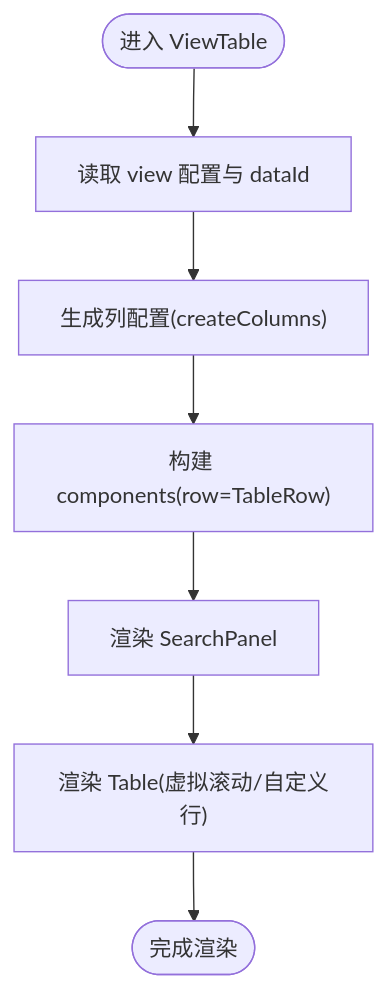
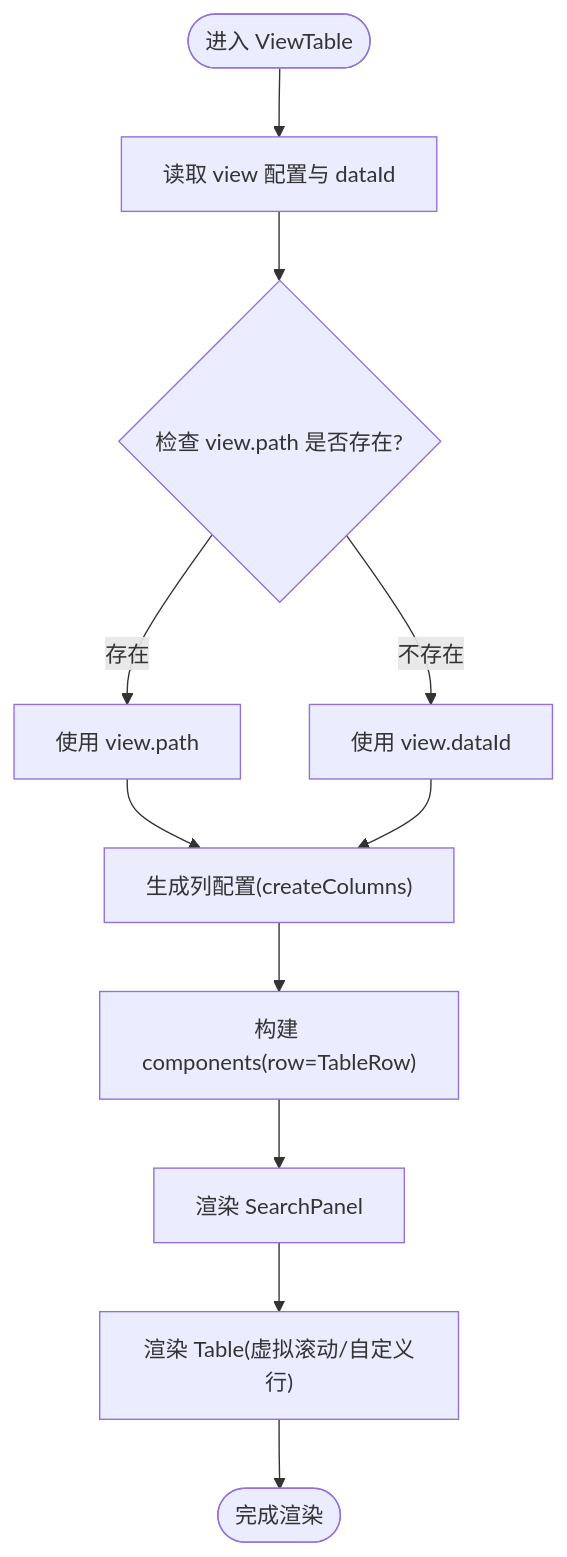
One commit to liqiongke/FrontArk changed the third of 8 diagrams in .qoder/repowiki/zh/content/组件库/数据组件/表格组件.md. Above: the diagram before and after it, drawn with Mermaid. The commit also changed other lines of this file and 6 other files, not shown here.

````diff
--- a/.qoder/repowiki/zh/content/组件库/数据组件/表格组件.md
+++ b/.qoder/repowiki/zh/content/组件库/数据组件/表格组件.md
@@ -124,9 +152,13 @@
 ```mermaid
 flowchart TD
 Start(["进入 ViewTable"]) --> ReadCfg["读取 view 配置与 dataId"]
-ReadCfg --> GenCols["生成列配置(createColumns)"]
+ReadCfg --> CheckPath{"检查 view.path 是否存在?"}
+CheckPath --> |存在| UsePath["使用 view.path"]
+CheckPath --> |不存在| UseDataId["使用 view.dataId"]
+UsePath --> GenCols["生成列配置(createColumns)"]
+UseDataId --> GenCols
 GenCols --> BuildComp["构建 components(row=TableRow)"]
 BuildComp --> RenderSP["渲染 SearchPanel"]
 RenderSP --> RenderTable["渲染 Table(虚拟滚动/自定义行)"]
 RenderTable --> End(["完成渲染"])
 ```
````
